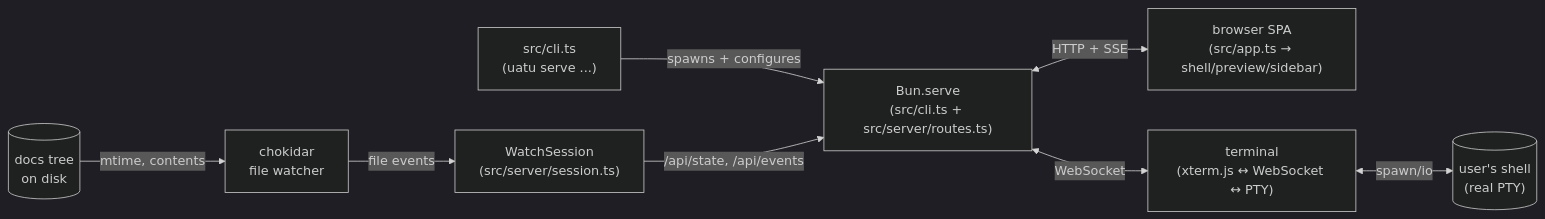
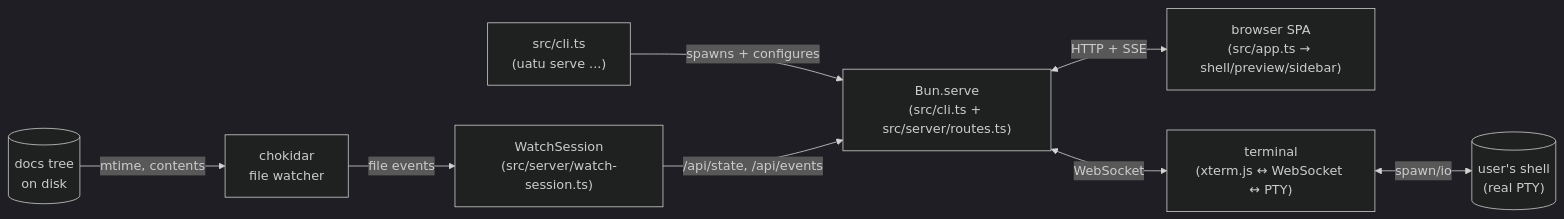
One commit to tjakobsson/uatu changed the first of 5 diagrams in ARCHITECTURE.md. Above: the diagram before and after it, drawn with Mermaid (dark theme). The commit also changed other lines of this file and 26 other files, not shown here.

First line of the commit message:
refactor(server): split the session.ts god-file, centralize the fetch fallback

````diff
--- a/ARCHITECTURE.md
+++ b/ARCHITECTURE.md
@@ -13,19 +13,19 @@
 ```mermaid
 flowchart LR
   CLI["src/cli.ts<br/>(uatu serve ...)"]
   WS["chokidar<br/>file watcher"]
   Server["Bun.serve<br/>(src/cli.ts + src/server/routes.ts)"]
-  Session["WatchSession<br/>(src/server/session.ts)"]
+  Session["WatchSession<br/>(src/server/watch-session.ts)"]
   SPA["browser SPA<br/>(src/app.ts → shell/preview/sidebar)"]
   Term["terminal<br/>(xterm.js ↔ WebSocket ↔ PTY)"]
   FS[("docs tree<br/>on disk")]
   Term_PTY[("user's shell<br/>(real PTY)")]
 
   CLI -- spawns + configures --> Server
   WS -- file events --> Session
   FS -- mtime, contents --> WS
   Server <-- HTTP + SSE --> SPA
   Server <-- WebSocket --> Term
   Term <-- spawn/io --> Term_PTY
   Session -- /api/state, /api/events --> Server
 ```
````
